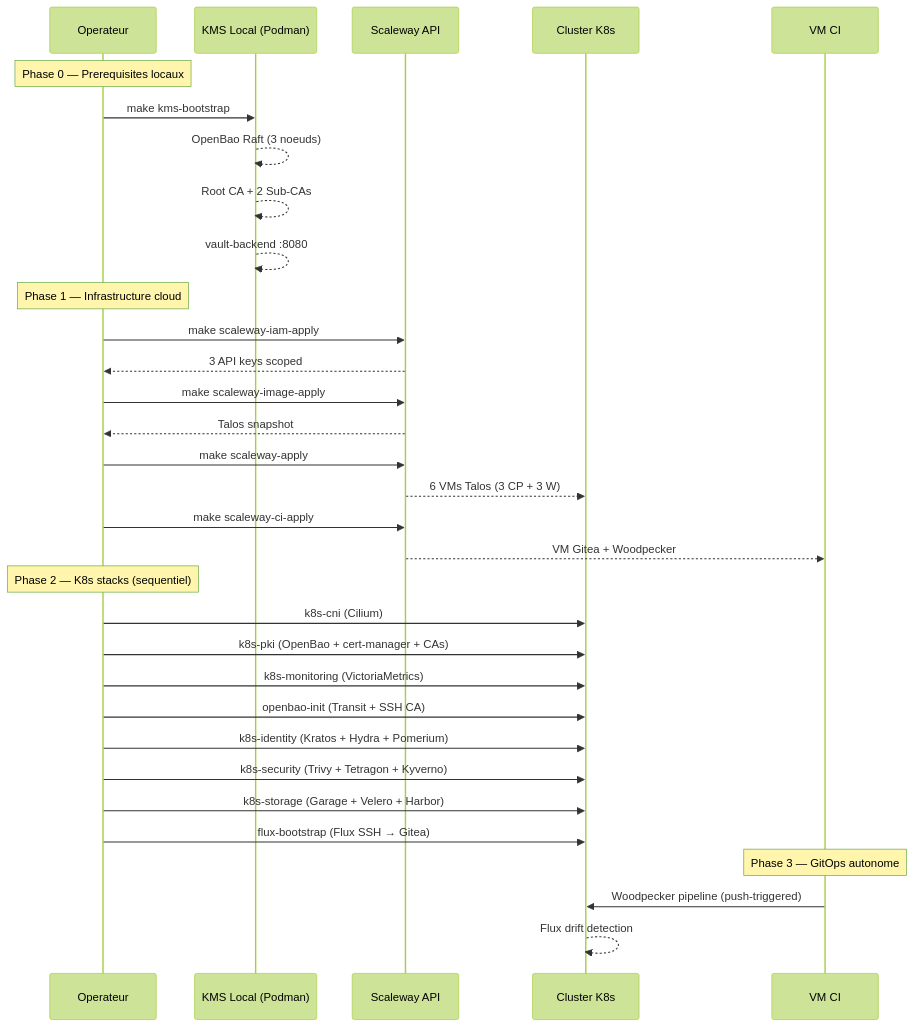
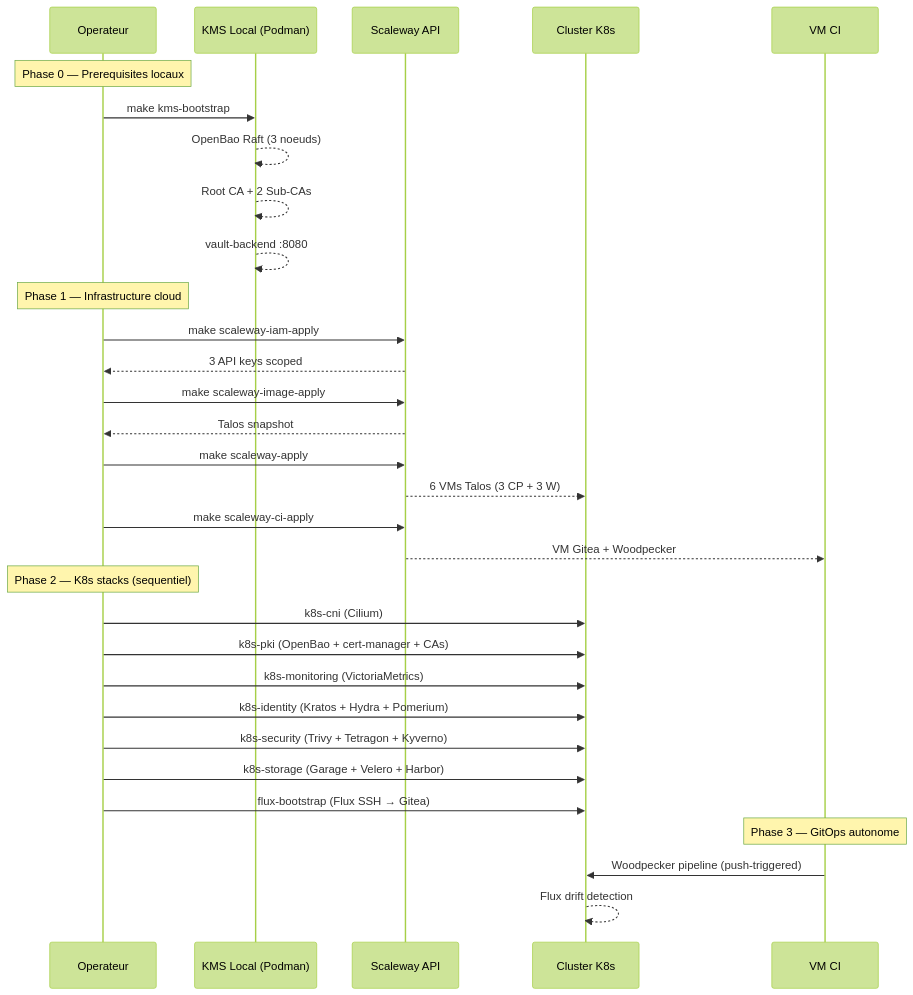
One commit to Destynova2/st4ck changed diagram 12 of 12 in docs/explanation/bootstrap.md. Above: the diagram before and after it, drawn with Mermaid (forest theme). The commit also changed other lines of this file and 17 other files, not shown here.

````diff
--- a/docs/explanation/bootstrap.md
+++ b/docs/explanation/bootstrap.md
@@ -215,38 +214,37 @@
 ```mermaid
 sequenceDiagram
     participant OP as Operateur
     participant KMS as KMS Local (Podman)
     participant SCW as Scaleway API
     participant K8S as Cluster K8s
     participant CI as VM CI
 
     Note over OP: Phase 0 — Prerequisites locaux
     OP->>KMS: make kms-bootstrap
     KMS-->>KMS: OpenBao Raft (3 noeuds)
     KMS-->>KMS: Root CA + 2 Sub-CAs
     KMS-->>KMS: vault-backend :8080
 
     Note over OP: Phase 1 — Infrastructure cloud
     OP->>SCW: make scaleway-iam-apply
     SCW-->>OP: 3 API keys scoped
     OP->>SCW: make scaleway-image-apply
     SCW-->>OP: Talos snapshot
     OP->>SCW: make scaleway-apply
     SCW-->>K8S: 6 VMs Talos (3 CP + 3 W)
     OP->>SCW: make scaleway-ci-apply
     SCW-->>CI: VM Gitea + Woodpecker
 
     Note over OP: Phase 2 — K8s stacks (sequentiel)
     OP->>K8S: k8s-cni (Cilium)
     OP->>K8S: k8s-pki (OpenBao + cert-manager + CAs)
     OP->>K8S: k8s-monitoring (VictoriaMetrics)
-    OP->>K8S: openbao-init (Transit + SSH CA)
     OP->>K8S: k8s-identity (Kratos + Hydra + Pomerium)
     OP->>K8S: k8s-security (Trivy + Tetragon + Kyverno)
     OP->>K8S: k8s-storage (Garage + Velero + Harbor)
     OP->>K8S: flux-bootstrap (Flux SSH → Gitea)
 
     Note over CI: Phase 3 — GitOps autonome
     CI->>K8S: Woodpecker pipeline (push-triggered)
     K8S-->>K8S: Flux drift detection
 ```
````
